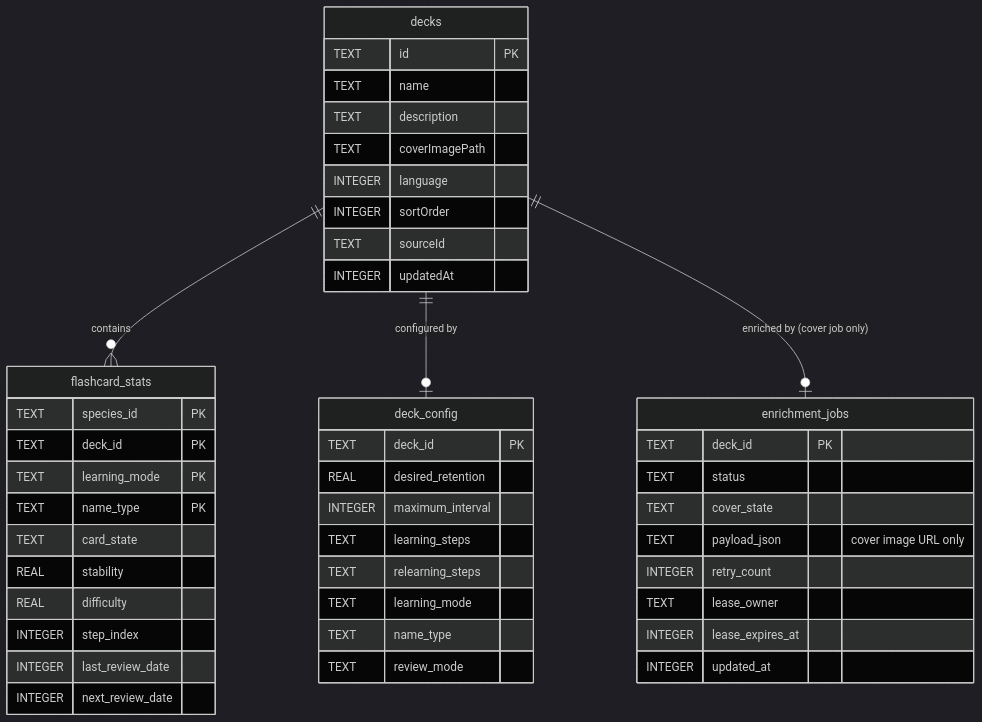
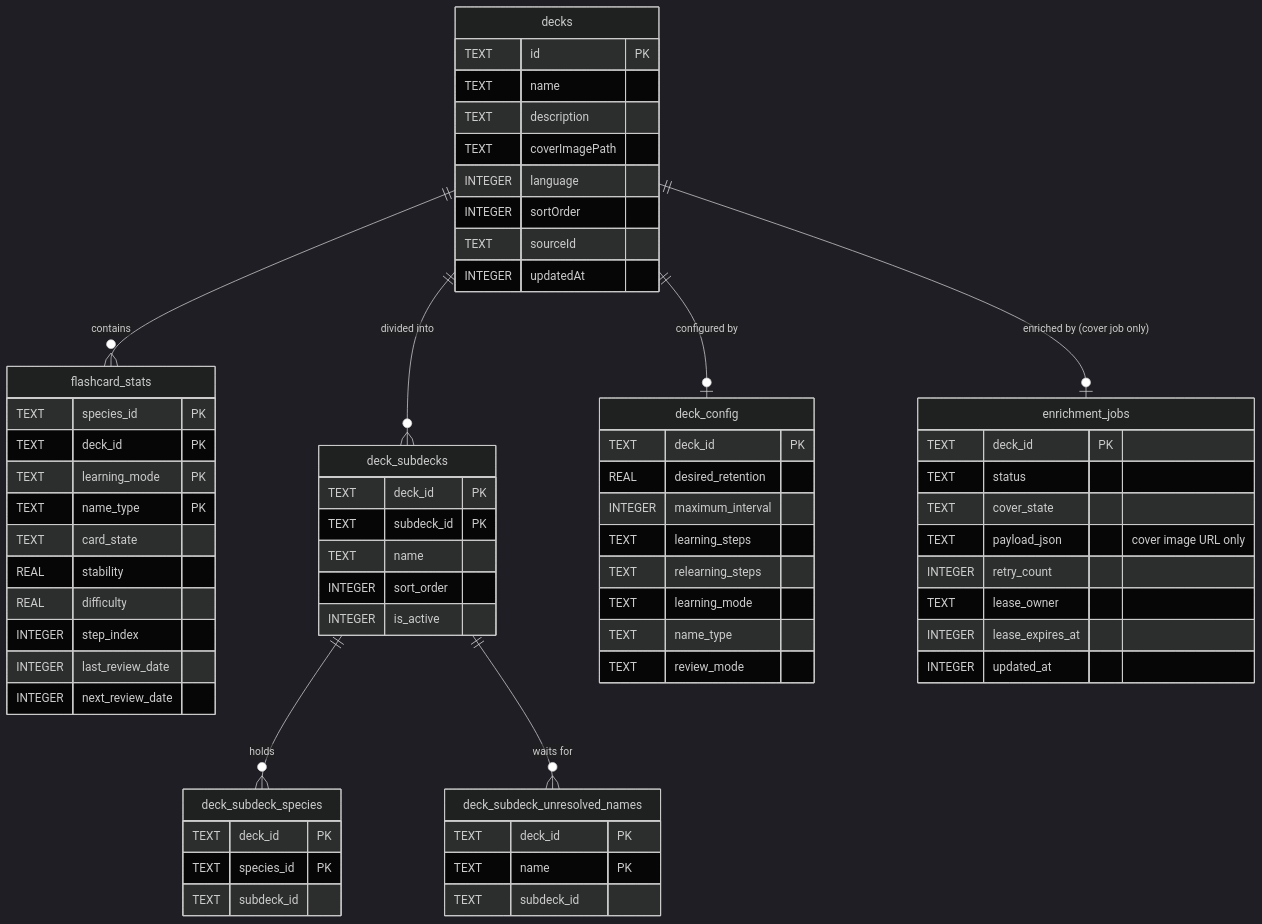
Before and after one commit to discere-app/discere: the diagram in docs/architecture-overview.md, drawn with Mermaid (dark theme). The commit also changed other lines of this file and 3 other files, not shown here.

Commit message:
Doku und What's New zu Subdecks und dem Zusammenführen von Decks

````diff
--- a/docs/architecture-overview.md
+++ b/docs/architecture-overview.md
@@ -312,52 +314,75 @@
 ```mermaid
 erDiagram
     decks {
         TEXT id PK
         TEXT name
         TEXT description
         TEXT coverImagePath
         INTEGER language
         INTEGER sortOrder
         TEXT sourceId
         INTEGER updatedAt
     }
 
     flashcard_stats {
         TEXT species_id PK
         TEXT deck_id PK
         TEXT learning_mode PK
         TEXT name_type PK
         TEXT card_state
         REAL stability
         REAL difficulty
         INTEGER step_index
         INTEGER last_review_date
         INTEGER next_review_date
     }
 
+    deck_subdecks {
+        TEXT deck_id PK
+        TEXT subdeck_id PK
+        TEXT name
+        INTEGER sort_order
+        INTEGER is_active
+    }
+
+    deck_subdeck_species {
+        TEXT deck_id PK
+        TEXT species_id PK
+        TEXT subdeck_id
+    }
+
+    deck_subdeck_unresolved_names {
+        TEXT deck_id PK
+        TEXT name PK
+        TEXT subdeck_id
+    }
+
     deck_config {
         TEXT deck_id PK
         REAL desired_retention
         INTEGER maximum_interval
         TEXT learning_steps
         TEXT relearning_steps
         TEXT learning_mode
         TEXT name_type
         TEXT review_mode
     }
 
     enrichment_jobs {
         TEXT deck_id PK
         TEXT status
         TEXT cover_state
         TEXT payload_json "cover image URL only"
         INTEGER retry_count
         TEXT lease_owner
         INTEGER lease_expires_at
         INTEGER updated_at
     }
 
     decks ||--o{ flashcard_stats : "contains"
+    decks ||--o{ deck_subdecks : "divided into"
+    deck_subdecks ||--o{ deck_subdeck_species : "holds"
+    deck_subdecks ||--o{ deck_subdeck_unresolved_names : "waits for"
     decks ||--o| deck_config : "configured by"
     decks ||--o| enrichment_jobs : "enriched by (cover job only)"
 ```
````
